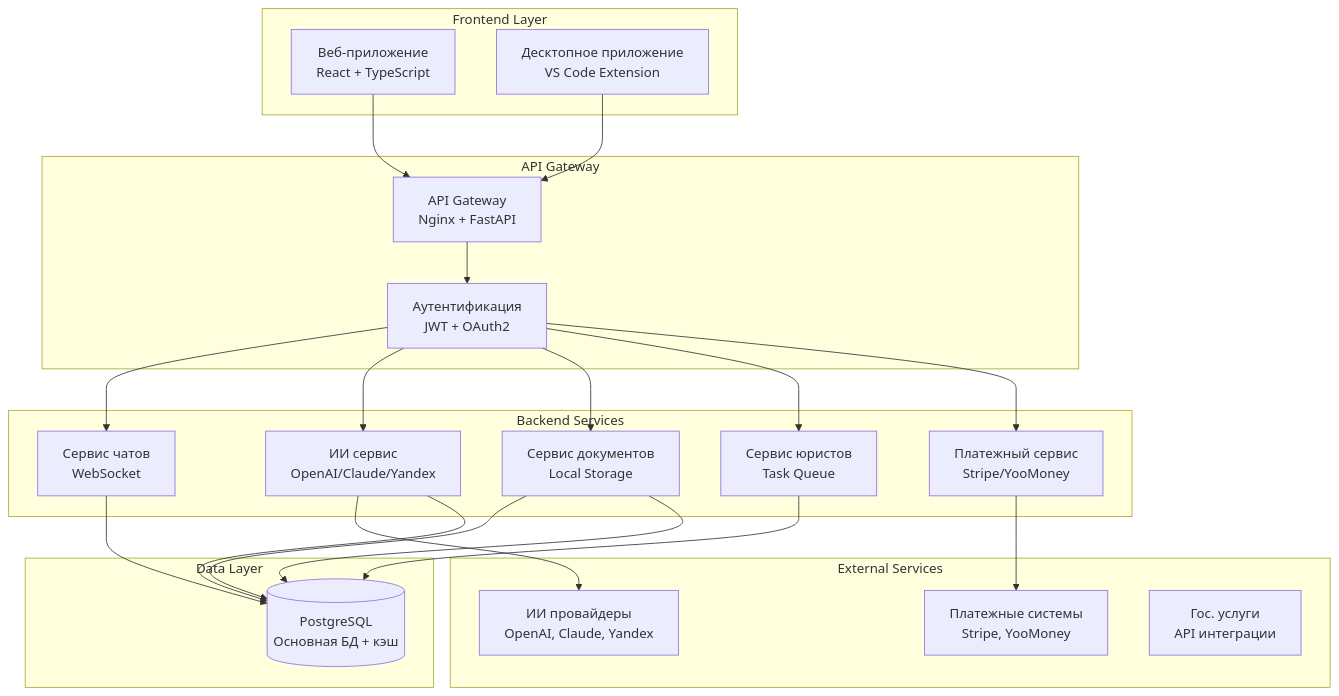
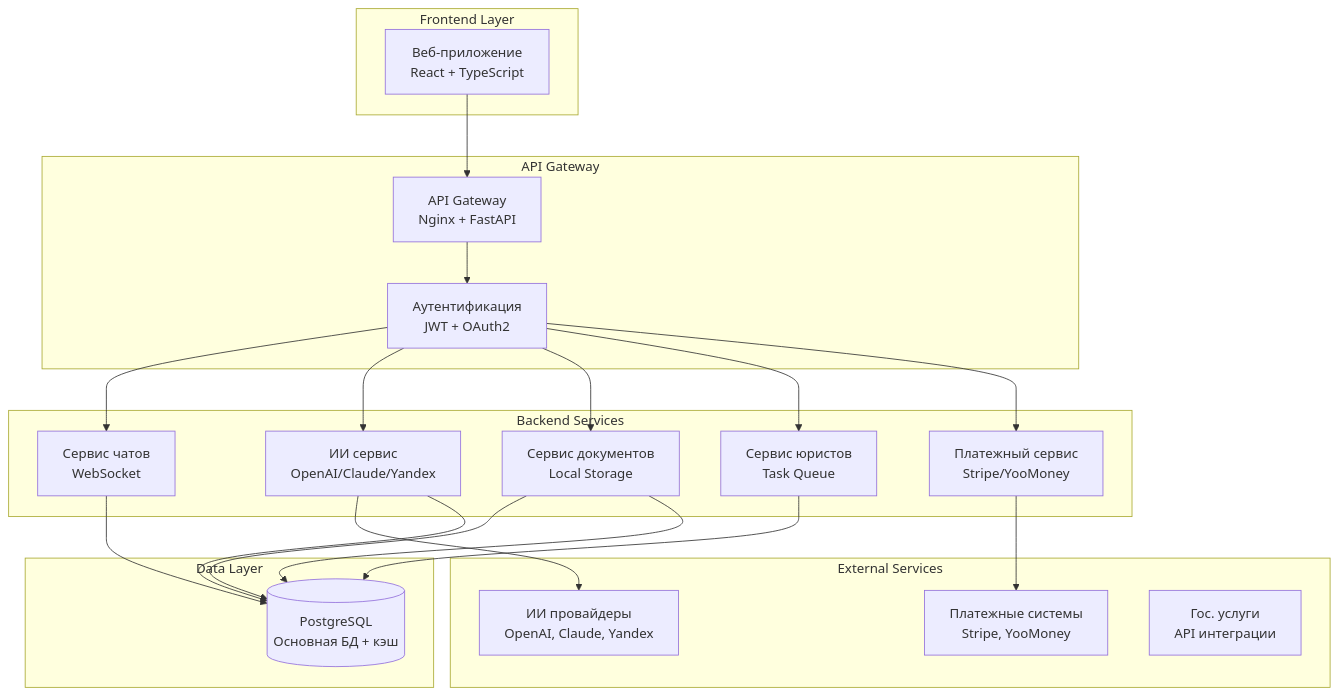
The diagram in docs/architecture.md (Vladimir329227/AI-integrated-legal-service), drawn with Mermaid before and after one commit. The commit also changed other lines of this file, not shown here.

````diff
--- a/docs/architecture.md
+++ b/docs/architecture.md
@@ -12,48 +11,46 @@
 ```mermaid
 graph TB
     subgraph "Frontend Layer"
         Web[Веб-приложение<br/>React + TypeScript]
-        Desktop[Десктопное приложение<br/>VS Code Extension]
     end
     
     subgraph "API Gateway"
         Gateway[API Gateway<br/>Nginx + FastAPI]
         Auth[Аутентификация<br/>JWT + OAuth2]
     end
     
     subgraph "Backend Services"
         ChatService[Сервис чатов<br/>WebSocket]
         AIService[ИИ сервис<br/>OpenAI/Claude/Yandex]
         DocumentService[Сервис документов<br/>Local Storage]
         LawyerService[Сервис юристов<br/>Task Queue]
         PaymentService[Платежный сервис<br/>Stripe/YooMoney]
     end
     
     subgraph "Data Layer"
         PostgreSQL[(PostgreSQL<br/>Основная БД + кэш)]
     end
     
     subgraph "External Services"
         AIProviders[ИИ провайдеры<br/>OpenAI, Claude, Yandex]
         PaymentProviders[Платежные системы<br/>Stripe, YooMoney]
         GovServices[Гос. услуги<br/>API интеграции]
     end
     
     Web --> Gateway
-    Desktop --> Gateway
     Gateway --> Auth
     Auth --> ChatService
     Auth --> AIService
     Auth --> DocumentService
     Auth --> LawyerService
     Auth --> PaymentService
     
     ChatService --> PostgreSQL
     AIService --> AIProviders
     DocumentService --> PostgreSQL
     LawyerService --> PostgreSQL
     PaymentService --> PaymentProviders
     
     AIService --> PostgreSQL
     DocumentService --> PostgreSQL
 ```
````
